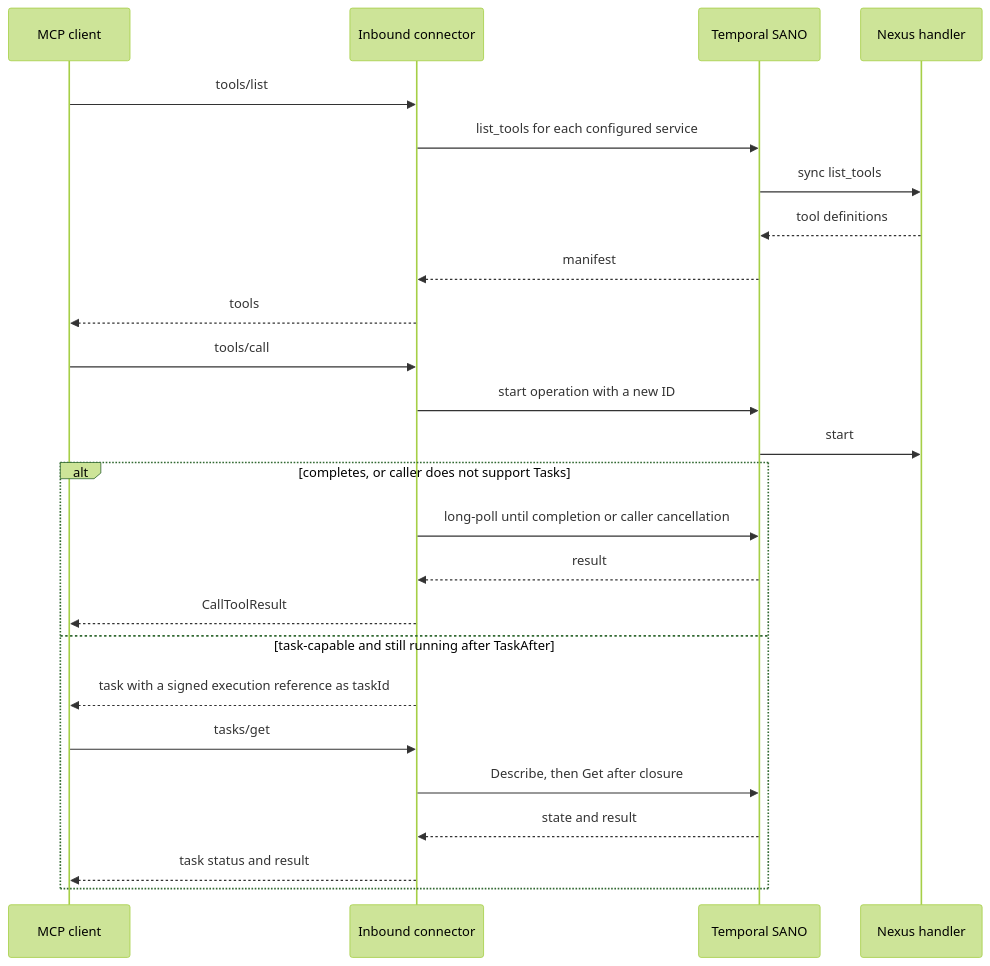
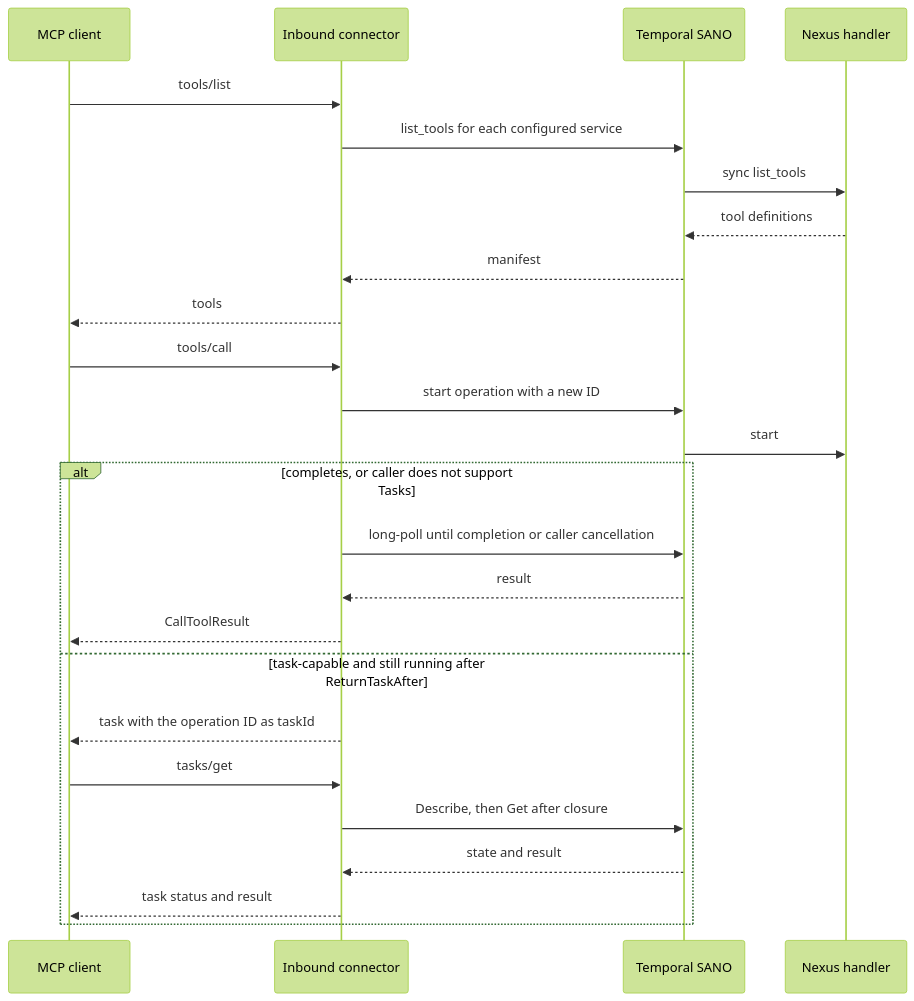
Before and after one commit to long-nt-tran/durable-mcp-connector: the third of 4 diagrams in ARCHITECTURE.md, drawn with Mermaid (forest theme). The commit also changed other lines of this file and 58 other files, not shown here.

````diff
--- a/ARCHITECTURE.md
+++ b/ARCHITECTURE.md
@@ -150,27 +165,27 @@
 ```mermaid
 sequenceDiagram
   participant C as MCP client
   participant I as Inbound connector
   participant N as Temporal SANO
   participant H as Nexus handler
   C->>I: tools/list
   I->>N: list_tools for each configured service
   N->>H: sync list_tools
   H-->>N: tool definitions
   N-->>I: manifest
   I-->>C: tools
   C->>I: tools/call
   I->>N: start operation with a new ID
   N->>H: start
   alt completes, or caller does not support Tasks
     I->>N: long-poll until completion or caller cancellation
     N-->>I: result
     I-->>C: CallToolResult
-  else task-capable and still running after TaskAfter
-    I-->>C: task with a signed execution reference as taskId
+  else task-capable and still running after ReturnTaskAfter
+    I-->>C: task with the operation ID as taskId
     C->>I: tasks/get
     I->>N: Describe, then Get after closure
     N-->>I: state and result
     I-->>C: task status and result
   end
 ```
````
